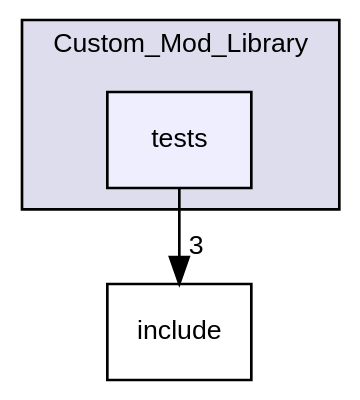
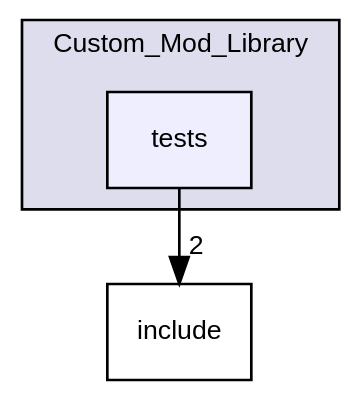
Before and after one commit to ejagombar/2021_Group_3: the diagram in dir_812f6d6e07ea60e21fdef9b4c803a47a_dep.dot, drawn with Graphviz. The commit also changed 42 other files, not shown here.

```diff
--- a/dir_812f6d6e07ea60e21fdef9b4c803a47a_dep.dot
+++ b/dir_812f6d6e07ea60e21fdef9b4c803a47a_dep.dot
@@ -1,12 +1,12 @@
 digraph "/home/runner/work/2021_Group_3/2021_Group_3/Custom_Mod_Library/tests" {
   bgcolor=transparent;
   compound=true
   node [ fontsize="10", fontname="Helvetica"];
   edge [ labelfontsize="10", labelfontname="Helvetica"];
   subgraph clusterdir_3d791e5d7456dbf61f6d7b678dfd72f4 {
     graph [ bgcolor="#ddddee", pencolor="black", label="Custom_Mod_Library" fontname="Helvetica", fontsize="10", URL="dir_3d791e5d7456dbf61f6d7b678dfd72f4.html"]
   dir_812f6d6e07ea60e21fdef9b4c803a47a [shape=box, label="tests", style="filled", fillcolor="#eeeeff", pencolor="black", URL="dir_812f6d6e07ea60e21fdef9b4c803a47a.html"];
   }
   dir_f5c7eabd21a874ae9d109060d168a55c [shape=box label="include" URL="dir_f5c7eabd21a874ae9d109060d168a55c.html"];
-  dir_812f6d6e07ea60e21fdef9b4c803a47a->dir_f5c7eabd21a874ae9d109060d168a55c [headlabel="3", labeldistance=1.5 headhref="dir_000003_000001.html"];
+  dir_812f6d6e07ea60e21fdef9b4c803a47a->dir_f5c7eabd21a874ae9d109060d168a55c [headlabel="2", labeldistance=1.5 headhref="dir_000003_000001.html"];
 }
```
